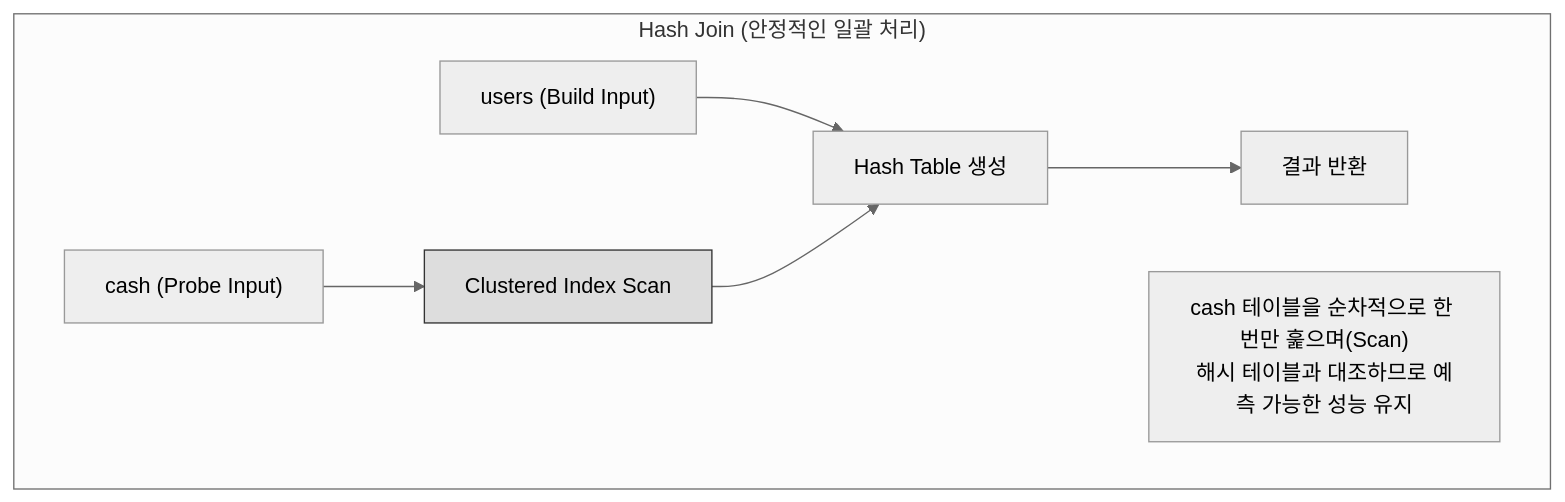
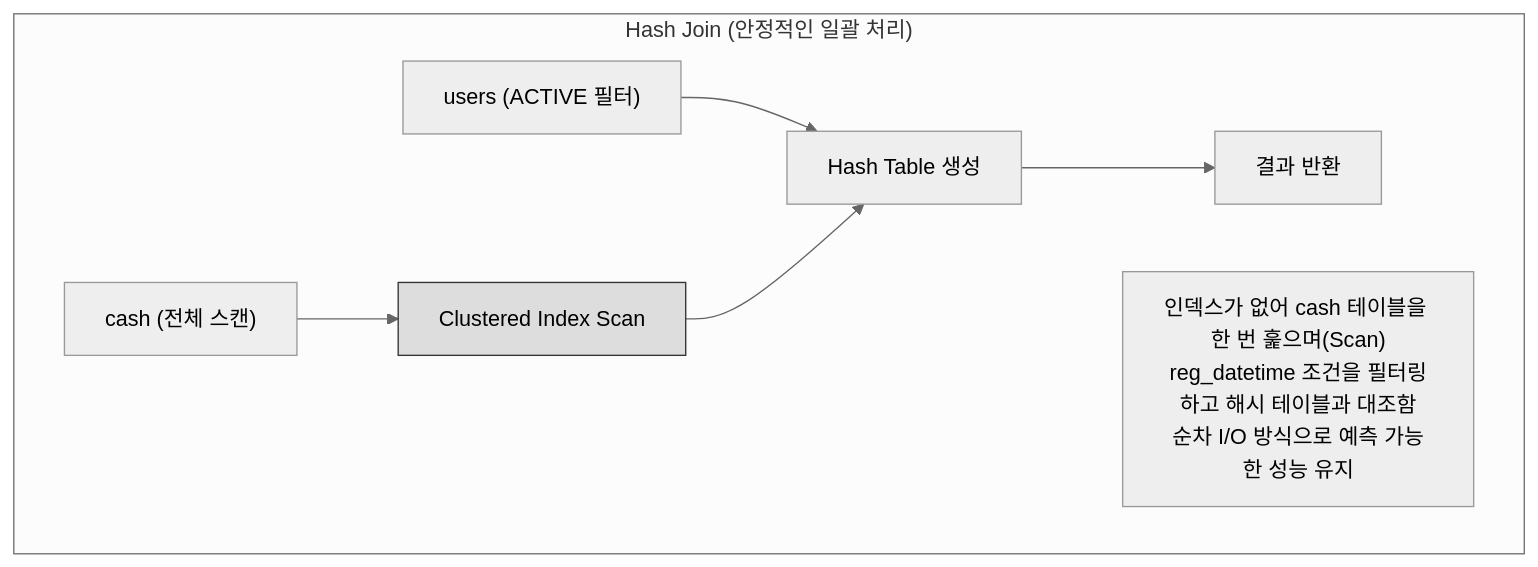
Before and after one commit to muzzaiwork/candidate: the first of 3 diagrams in troubleshooting/payletter_index_optimization.md, drawn with Mermaid (neutral theme). The commit also changed other lines of this file, not shown here.

Commit message:
Update failure scenario with reg_datetime condition and explain plan changes

````diff
--- a/troubleshooting/payletter_index_optimization.md
+++ b/troubleshooting/payletter_index_optimization.md
@@ -51,13 +52,13 @@
 ```mermaid
 graph TD
     subgraph "Hash Join (안정적인 일괄 처리)"
-        U["users (Build Input)"] --> H["Hash Table 생성"]
-        C["cash (Probe Input)"] --> S["Clustered Index Scan"]
+        U["users (ACTIVE 필터)"] --> H["Hash Table 생성"]
+        C["cash (전체 스캔)"] --> S["Clustered Index Scan"]
         S --> H
         H --> R["결과 반환"]
         
-        note1["cash 테이블을 순차적으로 한 번만 훑으며(Scan)<br/>해시 테이블과 대조하므로 예측 가능한 성능 유지"]
+        note1["인덱스가 없어 cash 테이블을 한 번 훑으며(Scan)<br/>reg_datetime 조건을 필터링하고 해시 테이블과 대조함<br/>순차 I/O 방식으로 예측 가능한 성능 유지"]
     end
     
     style S fill:#ddd,stroke:#333
 ```
````
